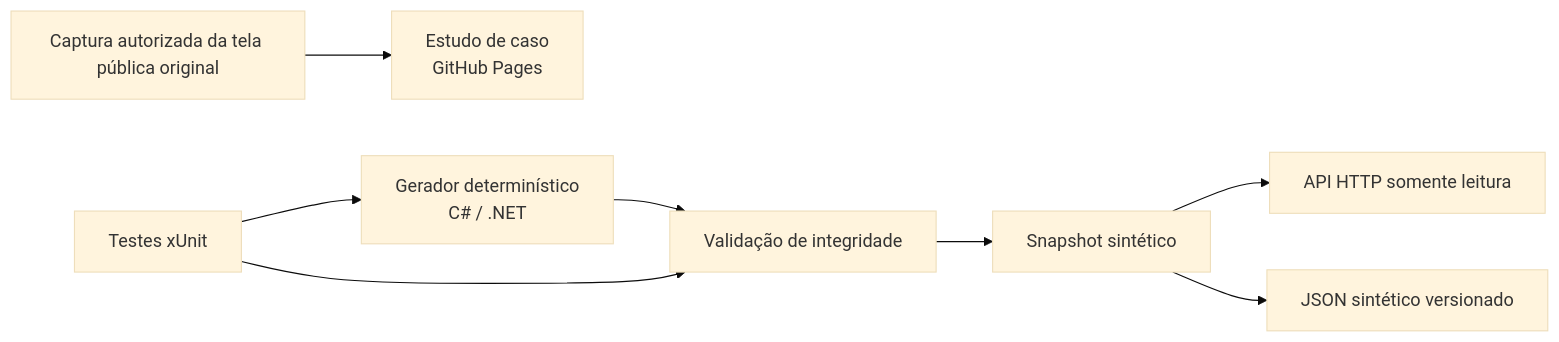
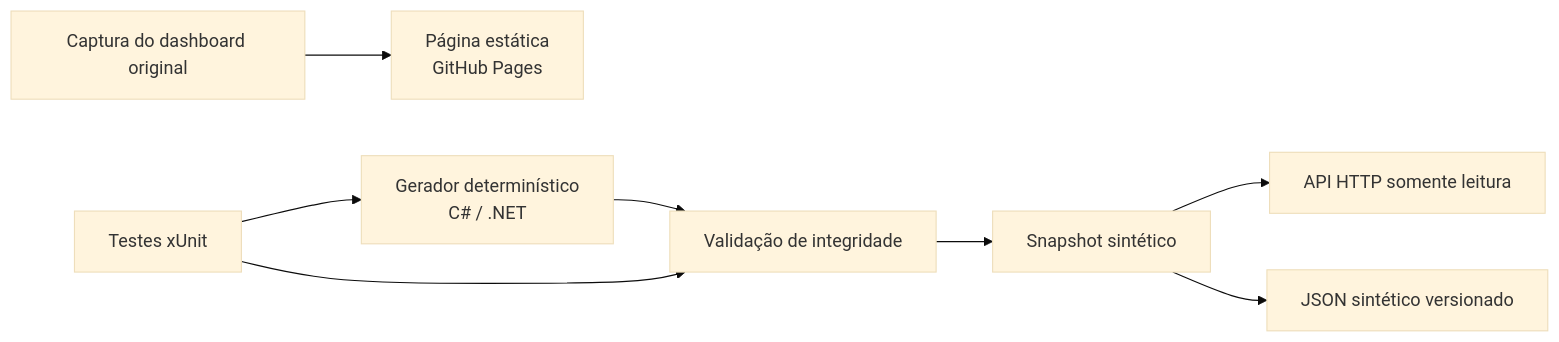
One commit to LeandroAValle/socialweb-demo changed the diagram in README.md. Above: the diagram before and after it, drawn with Mermaid (base theme). The commit also changed other lines of this file and 8 other files, not shown here.

Commit message:
fix: show original social dashboard capture

````diff
--- a/README.md
+++ b/README.md
@@ -29,10 +29,10 @@
 ```mermaid
 flowchart LR
     G[Gerador determinístico<br/>C# / .NET] --> V[Validação de integridade]
     V --> S[Snapshot sintético]
     S --> A[API HTTP somente leitura]
     S --> J[JSON sintético versionado]
-    R[Captura autorizada da tela pública original] --> W[Estudo de caso<br/>GitHub Pages]
+    R[Captura do dashboard original] --> W[Página estática<br/>GitHub Pages]
     T[Testes xUnit] --> G
     T --> V
 ```
````
